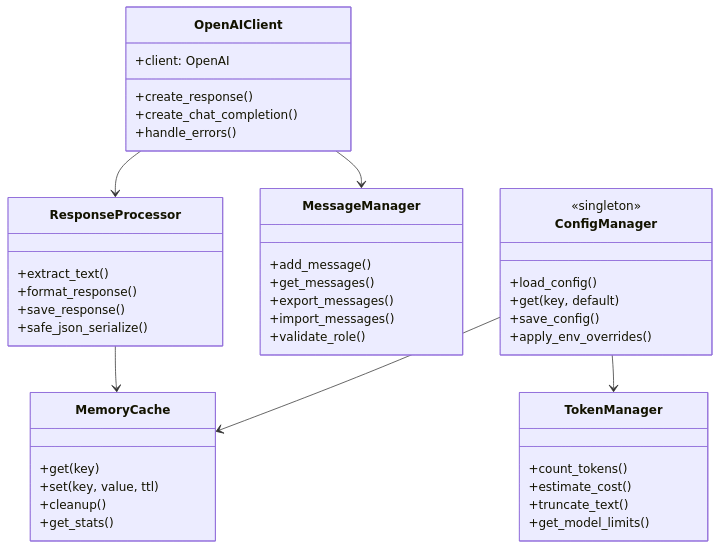
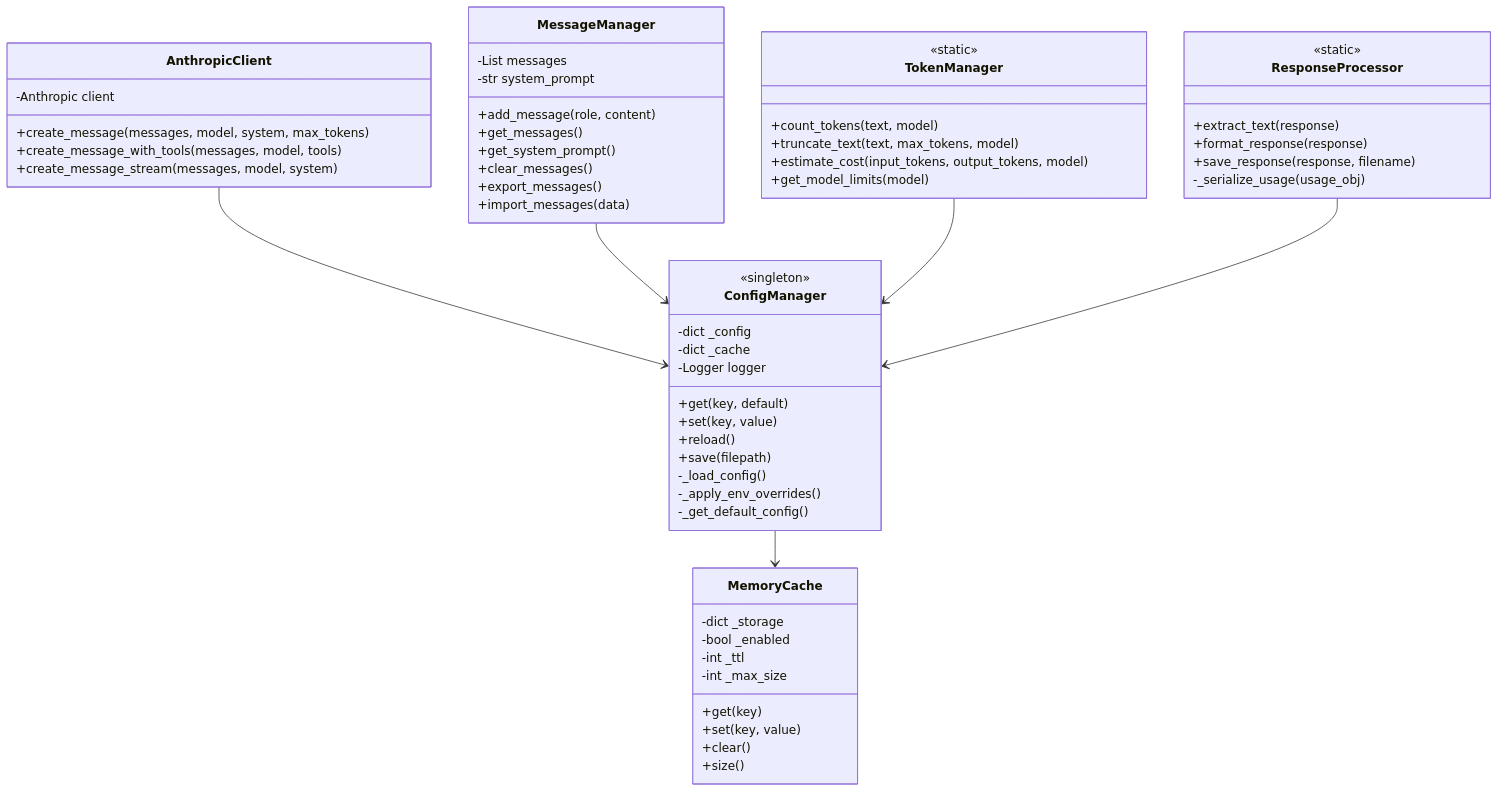
One commit to nakashima2toshio/anthropic_api_jp changed the third of 10 diagrams in doc/helper_api.md. Above: the diagram before and after it, drawn with Mermaid. The commit also changed other lines of this file and 12 other files, not shown here.

````diff
--- a/doc/helper_api.md
+++ b/doc/helper_api.md
@@ -75,52 +74,67 @@
 ```mermaid
 classDiagram
     class ConfigManager {
         <<singleton>>
-        +load_config()
+        -dict _config
+        -dict _cache
+        -Logger logger
         +get(key, default)
-        +save_config()
-        +apply_env_overrides()
+        +set(key, value)
+        +reload()
+        +save(filepath)
+        -_load_config()
+        -_apply_env_overrides()
+        -_get_default_config()
     }
 
     class MemoryCache {
+        -dict _storage
+        -bool _enabled
+        -int _ttl
+        -int _max_size
         +get(key)
-        +set(key, value, ttl)
-        +cleanup()
-        +get_stats()
+        +set(key, value)
+        +clear()
+        +size()
     }
 
     class MessageManager {
-        +add_message()
+        -List messages
+        -str system_prompt
+        +add_message(role, content)
         +get_messages()
+        +get_system_prompt()
+        +clear_messages()
         +export_messages()
-        +import_messages()
-        +validate_role()
+        +import_messages(data)
     }
 
     class TokenManager {
-        +count_tokens()
-        +estimate_cost()
-        +truncate_text()
-        +get_model_limits()
+        <<static>>
+        +count_tokens(text, model)
+        +truncate_text(text, max_tokens, model)
+        +estimate_cost(input_tokens, output_tokens, model)
+        +get_model_limits(model)
     }
 
     class ResponseProcessor {
-        +extract_text()
-        +format_response()
-        +save_response()
-        +safe_json_serialize()
+        <<static>>
+        +extract_text(response)
+        +format_response(response)
+        +save_response(response, filename)
+        -_serialize_usage(usage_obj)
     }
 
-    class OpenAIClient {
-        +client: OpenAI
-        +create_response()
-        +create_chat_completion()
-        +handle_errors()
+    class AnthropicClient {
+        -Anthropic client
+        +create_message(messages, model, system, max_tokens)
+        +create_message_with_tools(messages, model, tools)
+        +create_message_stream(messages, model, system)
     }
 
     ConfigManager --> MemoryCache
-    ConfigManager --> TokenManager
-    OpenAIClient --> MessageManager
-    OpenAIClient --> ResponseProcessor
-    ResponseProcessor --> MemoryCache
+    AnthropicClient --> ConfigManager
+    MessageManager --> ConfigManager
+    TokenManager --> ConfigManager
+    ResponseProcessor --> ConfigManager
 ```
````
